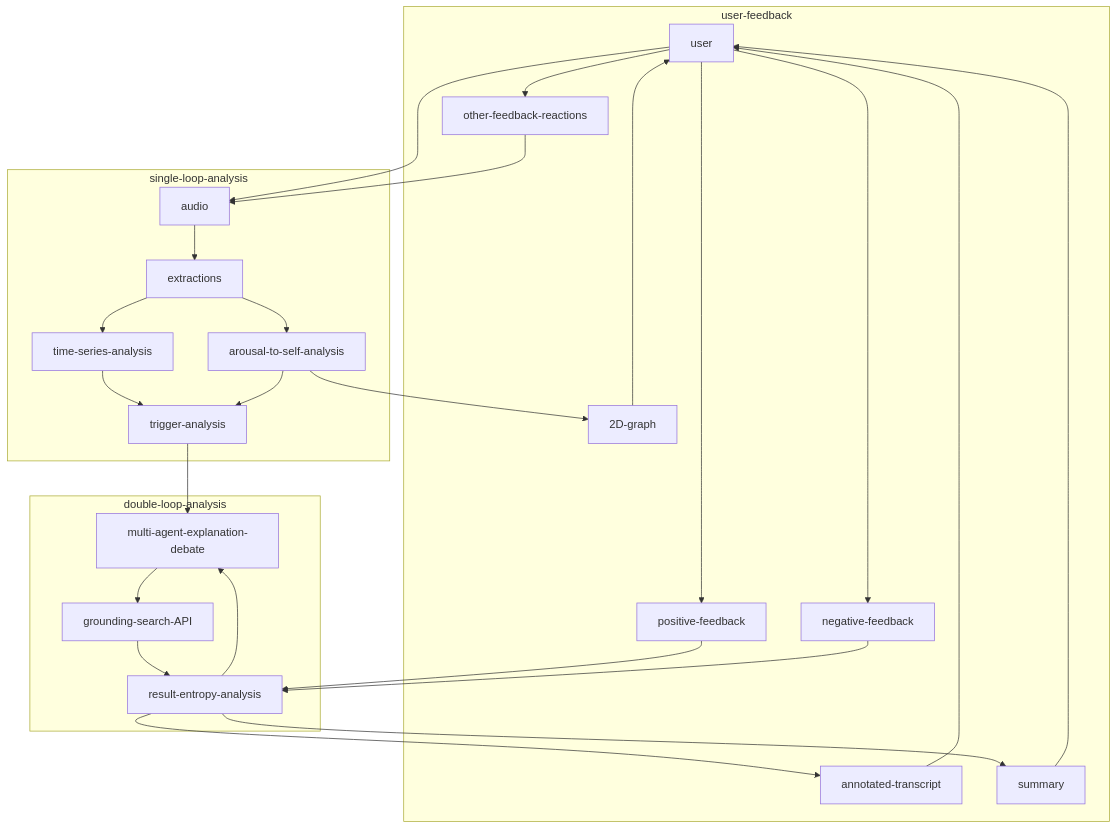
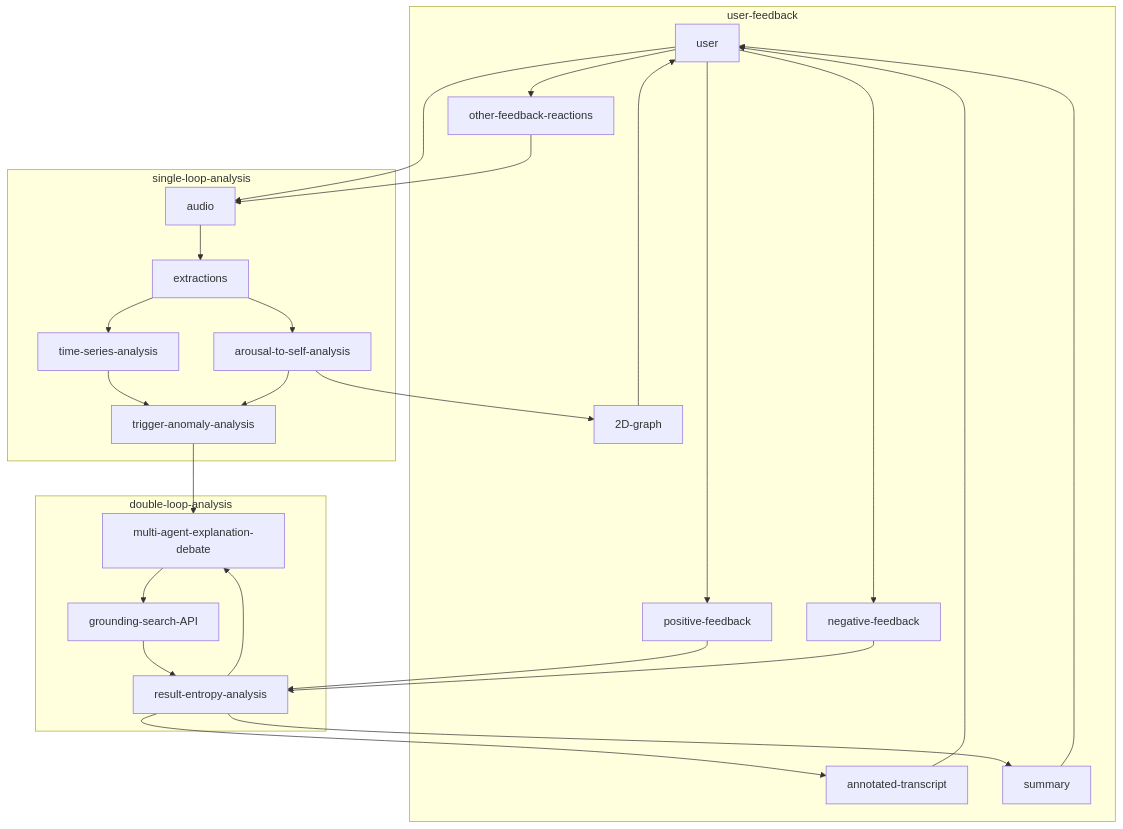
Before and after one commit to tinycatalyzer/Plans: the diagram in MyAshisuto-Overview.md, drawn with Mermaid.

````diff
--- a/MyAshisuto-Overview.md
+++ b/MyAshisuto-Overview.md
@@ -2,17 +2,17 @@
 ```mermaid
 graph TD;
   user --> audio
   subgraph single-loop-analysis
-    audio --> extractions --> time-series-analysis & arousal-to-self-analysis --> trigger-analysis
+    audio --> extractions --> time-series-analysis & arousal-to-self-analysis --> trigger-anomaly-analysis
     end
   subgraph double-loop-analysis
-    trigger-analysis --> multi-agent-explanation-debate --> grounding-search-API --> result-entropy-analysis --> multi-agent-explanation-debate
+    trigger-anomaly-analysis --> multi-agent-explanation-debate --> grounding-search-API --> result-entropy-analysis --> multi-agent-explanation-debate
     end
   subgraph user-feedback
     annotated-transcript & summary --> user
     result-entropy-analysis --> annotated-transcript & summary
     arousal-to-self-analysis --> 2D-graph --> user --> positive-feedback & negative-feedback & other-feedback-reactions
     other-feedback-reactions --> audio
     positive-feedback & negative-feedback --> result-entropy-analysis
     end 
 ```
````
